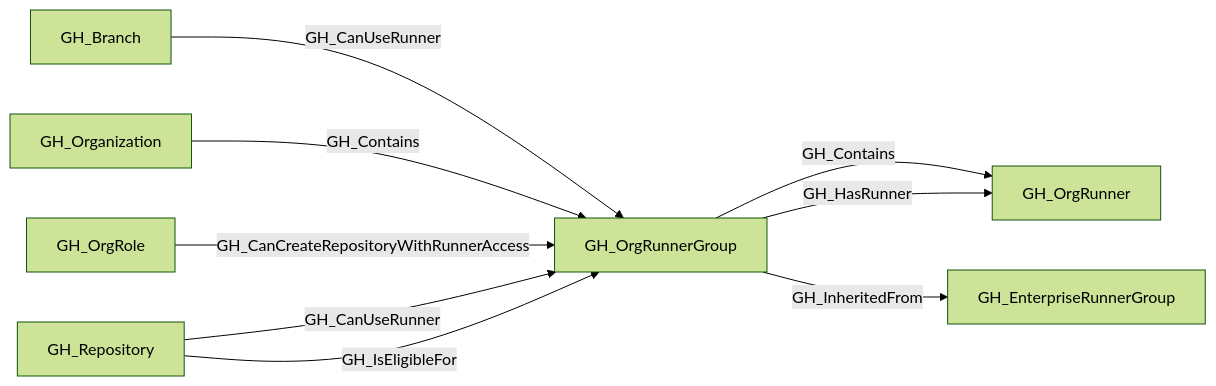
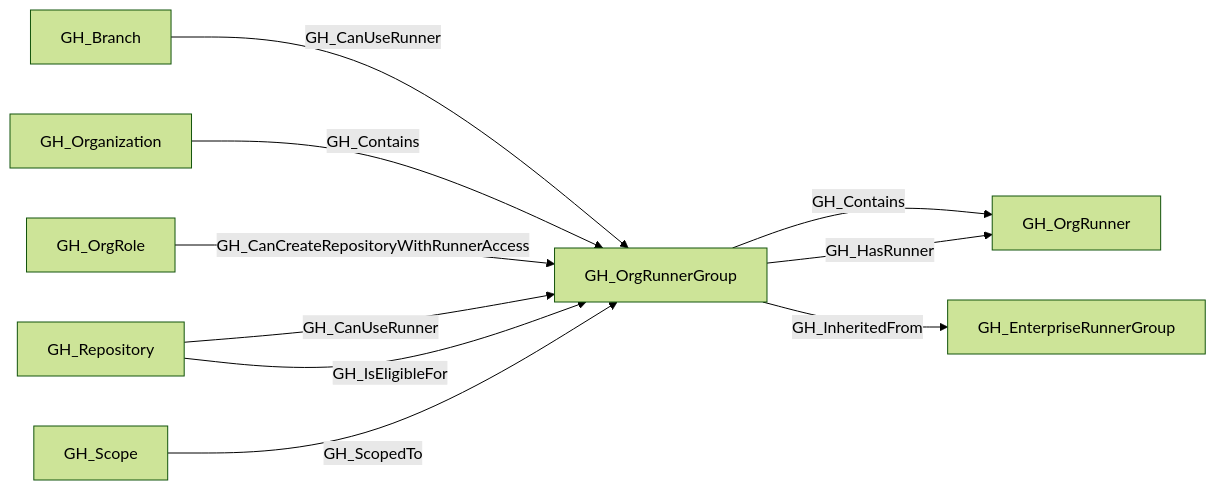
The second of 2 diagrams in docs/opengraph/extensions/github/nodes/gh_orgrunnergroup.mdx (SpecterOps/bloodhound-docs), drawn with Mermaid (forest theme) before and after one commit. The commit also changed other lines of this file and 30 other files, not shown here.

Commit message:
chore: update openhound github reference for schema v1.4.0

````diff
--- a/docs/opengraph/extensions/github/nodes/gh_orgrunnergroup.mdx
+++ b/docs/opengraph/extensions/github/nodes/gh_orgrunnergroup.mdx
@@ -67,19 +69,21 @@
 ```mermaid
 flowchart LR
 
     GH_Branch["GH_Branch"]
     GH_EnterpriseRunnerGroup["GH_EnterpriseRunnerGroup"]
     GH_Organization["GH_Organization"]
     GH_OrgRole["GH_OrgRole"]
     GH_OrgRunner["GH_OrgRunner"]
     GH_OrgRunnerGroup["GH_OrgRunnerGroup"]
     GH_Repository["GH_Repository"]
+    GH_Scope["GH_Scope"]
     GH_Branch -- GH_CanUseRunner --> GH_OrgRunnerGroup
     GH_Organization -- GH_Contains --> GH_OrgRunnerGroup
     GH_OrgRole -- GH_CanCreateRepositoryWithRunnerAccess --> GH_OrgRunnerGroup
     GH_OrgRunnerGroup -- GH_Contains --> GH_OrgRunner
     GH_OrgRunnerGroup -- GH_HasRunner --> GH_OrgRunner
     GH_OrgRunnerGroup -- GH_InheritedFrom --> GH_EnterpriseRunnerGroup
     GH_Repository -- GH_CanUseRunner --> GH_OrgRunnerGroup
     GH_Repository -- GH_IsEligibleFor --> GH_OrgRunnerGroup
+    GH_Scope -- GH_ScopedTo --> GH_OrgRunnerGroup
 ```
````
